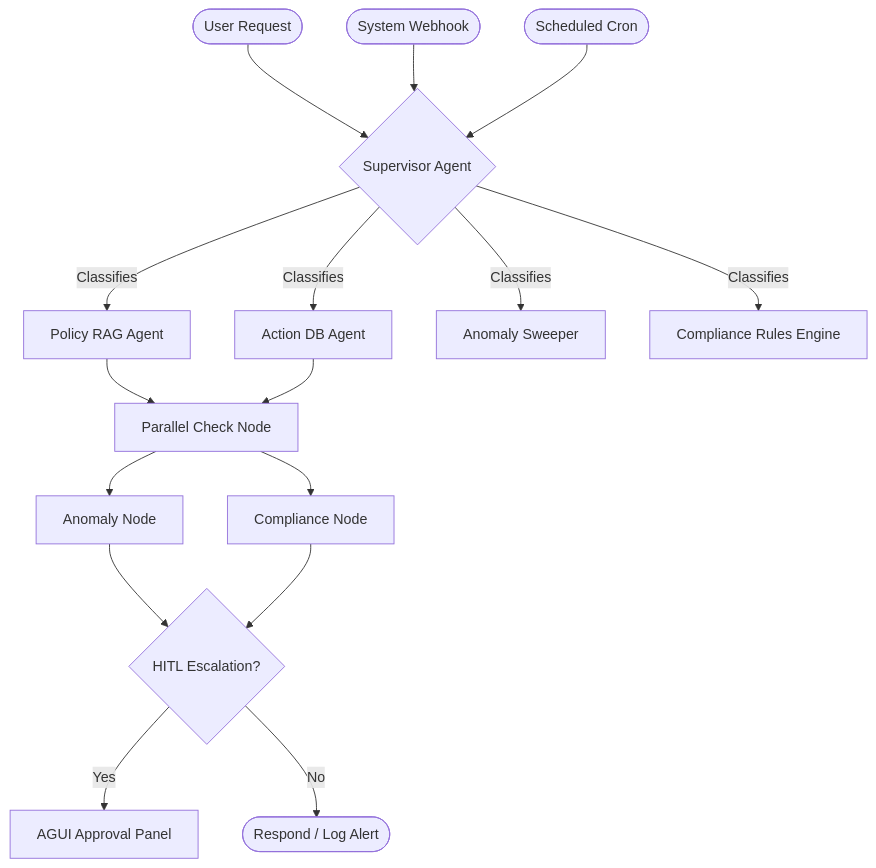
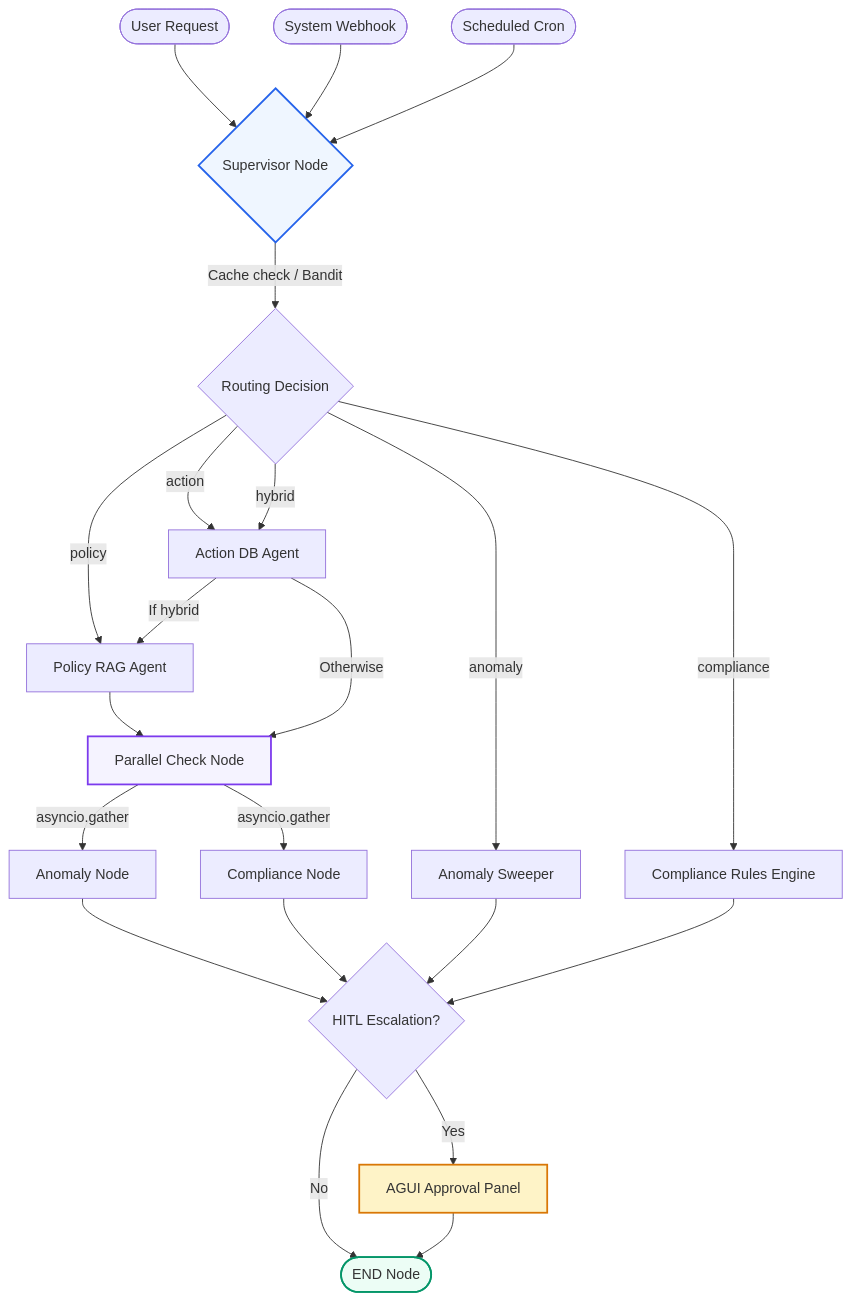
Before and after one commit to Purushothaman-natarajan/HR_Ops: the second of 3 diagrams in page/kt_developer_guide.md, drawn with Mermaid. The commit also changed other lines of this file and 8 other files, not shown here.

````diff
--- a/page/kt_developer_guide.md
+++ b/page/kt_developer_guide.md
@@ -14,16 +40,34 @@
 ```mermaid
 graph TD
-    User([User Request]) --> Router{Supervisor Agent}
-    Webhook([System Webhook]) --> Router
-    Cron([Scheduled Cron]) --> Router
-    Router -->|Classifies| Policy[Policy RAG Agent]
-    Router -->|Classifies| Action[Action DB Agent]
-    Router -->|Classifies| Anomaly[Anomaly Sweeper]
-    Router -->|Classifies| Compliance[Compliance Rules Engine]
-    Policy & Action --> Parallel[Parallel Check Node]
-    Parallel --> AnomalyCheck[Anomaly Node]
-    Parallel --> ComplianceCheck[Compliance Node]
-    AnomalyCheck & ComplianceCheck --> HITL{HITL Escalation?}
-    HITL -->|Yes| AGUI[AGUI Approval Panel]
-    HITL -->|No| End([Respond / Log Alert])
+    User([User Request]) --> Triage{Supervisor Node}
+    Webhook([System Webhook]) --> Triage
+    Cron([Scheduled Cron]) --> Triage
+    
+    Triage -->|Cache check / Bandit| RouteBranch{Routing Decision}
+    
+    RouteBranch -->|policy| Policy[Policy RAG Agent]
+    RouteBranch -->|action| Action[Action DB Agent]
+    RouteBranch -->|hybrid| Action
+    RouteBranch -->|anomaly| Anomaly[Anomaly Sweeper]
+    RouteBranch -->|compliance| Compliance[Compliance Rules Engine]
+    
+    Policy --> Parallel[Parallel Check Node]
+    Action -->|If hybrid| Policy
+    Action -->|Otherwise| Parallel
+    
+    Parallel -->|asyncio.gather| AnomalyCheck[Anomaly Node]
+    Parallel -->|asyncio.gather| ComplianceCheck[Compliance Node]
+    
+    AnomalyCheck & ComplianceCheck --> HITLCheck{HITL Escalation?}
+    Anomaly --> HITLCheck
+    Compliance --> HITLCheck
+    
+    HITLCheck -->|Yes| AGUI[AGUI Approval Panel]
+    HITLCheck -->|No| End([END Node])
+    AGUI --> End
+    
+    style Triage fill:#eff6ff,stroke:#2563eb,stroke-width:2px
+    style Parallel fill:#f5f3ff,stroke:#7c3aed,stroke-width:2px
+    style AGUI fill:#fef3c7,stroke:#d97706,stroke-width:2px
+    style End fill:#ecfdf5,stroke:#059669,stroke-width:2px
 ```
````
